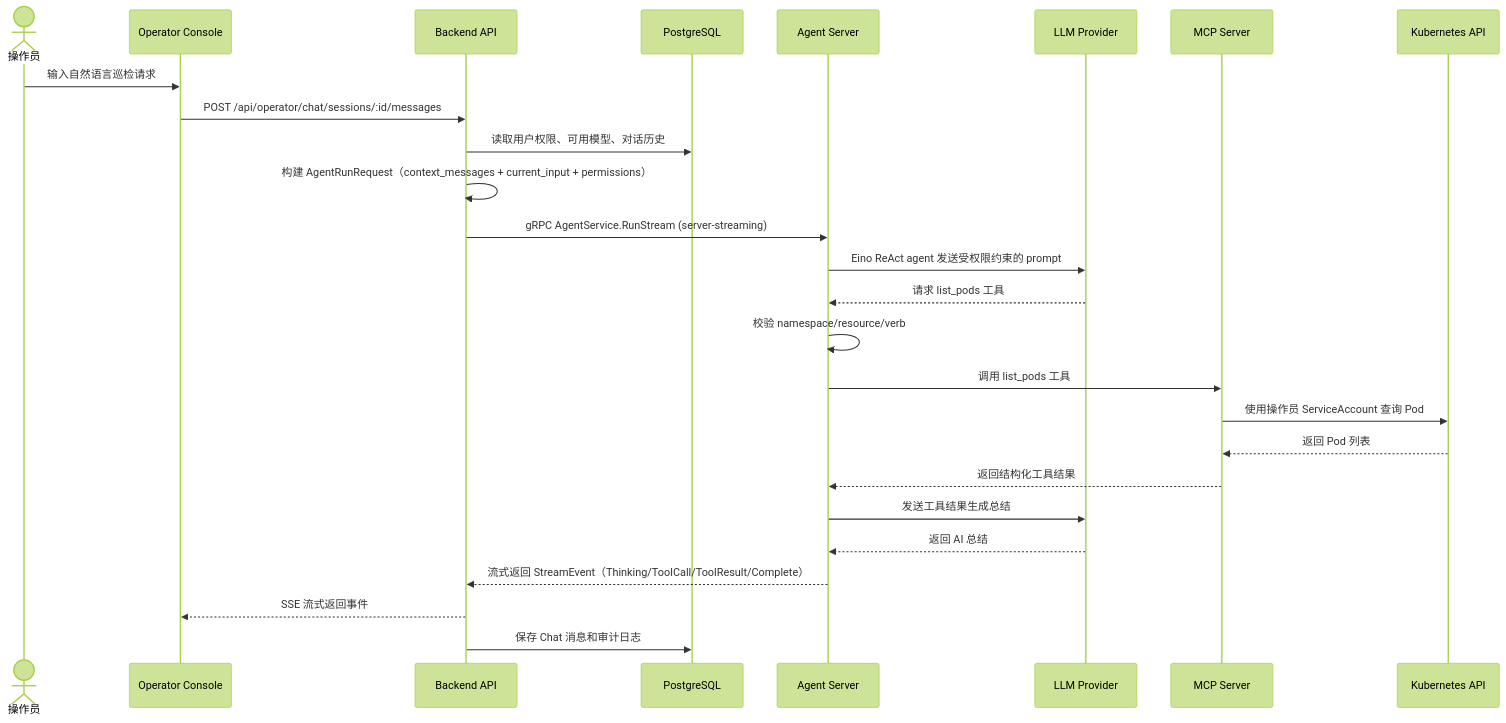
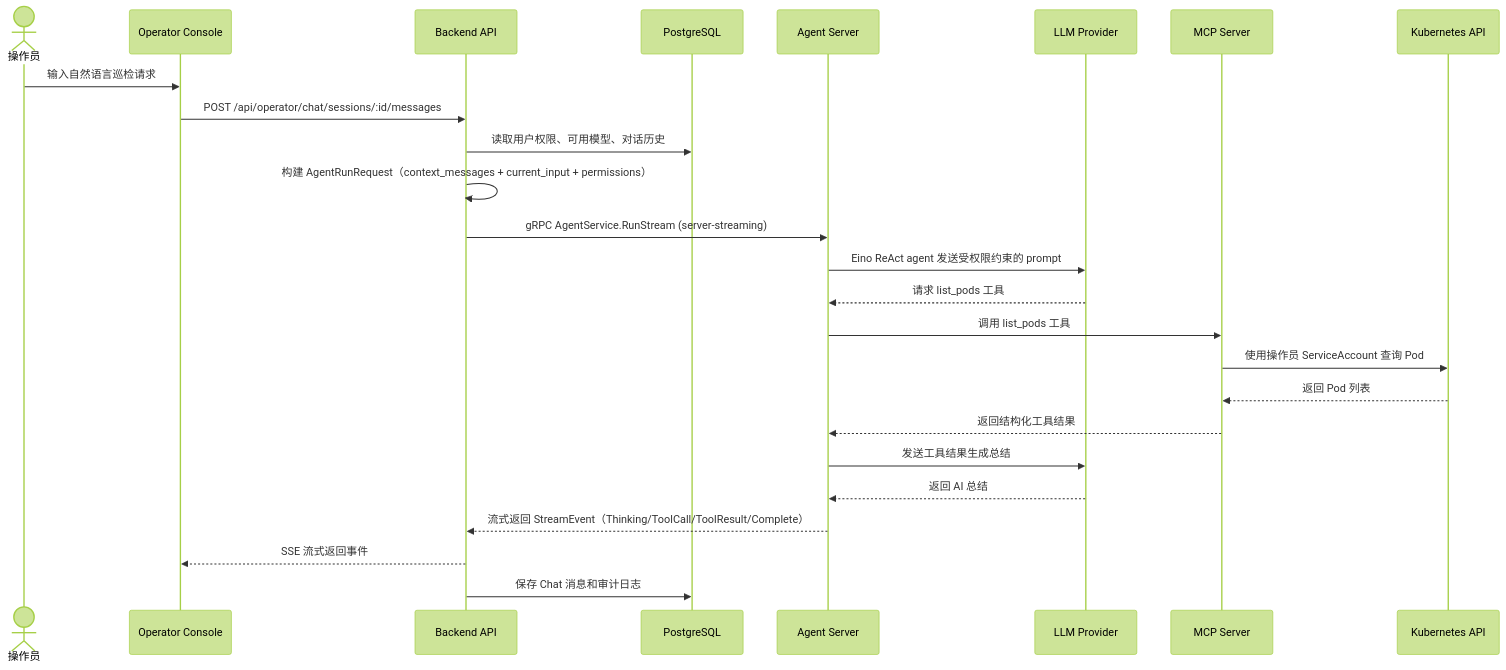
Before and after one commit to ZhaoXiangHeng/k8s-agent: the fourth of 5 diagrams in docs/product/user-journeys.md, drawn with Mermaid (forest theme). The commit also changed other lines of this file and 91 other files, not shown here.

````diff
--- a/docs/product/user-journeys.md
+++ b/docs/product/user-journeys.md
@@ -67,29 +72,28 @@
 ```mermaid
 sequenceDiagram
   actor Operator as 操作员
   participant UI as Operator Console
   participant API as Backend API
   participant DB as PostgreSQL
   participant Agent as Agent Server
   participant LLM as LLM Provider
   participant MCP as MCP Server
   participant K8S as Kubernetes API
 
   Operator->>UI: 输入自然语言巡检请求
   UI->>API: POST /api/operator/chat/sessions/:id/messages
   API->>DB: 读取用户权限、可用模型、对话历史
   API->>API: 构建 AgentRunRequest（context_messages + current_input + permissions）
   API->>Agent: gRPC AgentService.RunStream (server-streaming)
   Agent->>LLM: Eino ReAct agent 发送受权限约束的 prompt
   LLM-->>Agent: 请求 list_pods 工具
-  Agent->>Agent: 校验 namespace/resource/verb
   Agent->>MCP: 调用 list_pods 工具
   MCP->>K8S: 使用操作员 ServiceAccount 查询 Pod
   K8S-->>MCP: 返回 Pod 列表
   MCP-->>Agent: 返回结构化工具结果
   Agent->>LLM: 发送工具结果生成总结
   LLM-->>Agent: 返回 AI 总结
   Agent-->>API: 流式返回 StreamEvent（Thinking/ToolCall/ToolResult/Complete）
   API-->>UI: SSE 流式返回事件
   API->>DB: 保存 Chat 消息和审计日志
 ```
````
